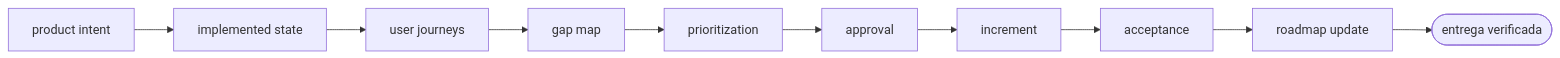
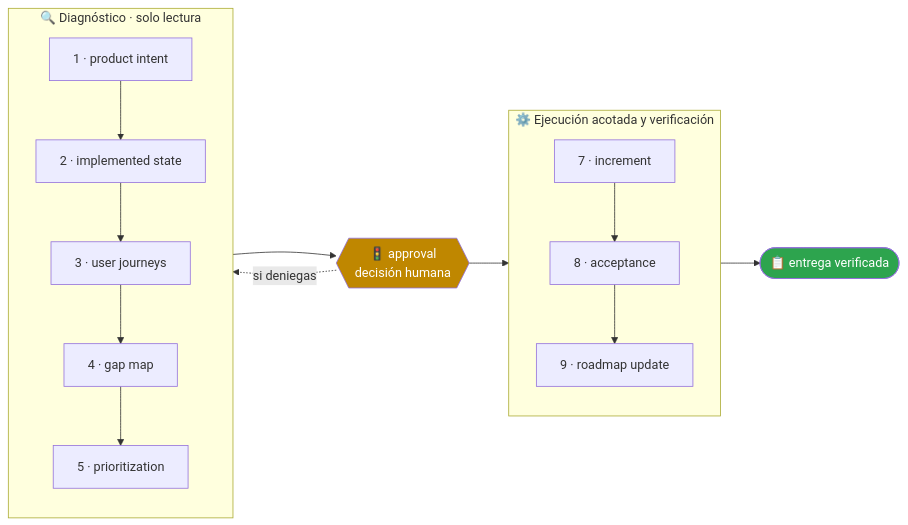
The second of 2 diagrams in agents/product-evolution-agent/README.md (vladimiracunadev-create/operational-ai-agents), drawn with Mermaid before and after one commit. The commit also changed other lines of this file and 60 other files, not shown here.

````diff
--- a/agents/product-evolution-agent/README.md
+++ b/agents/product-evolution-agent/README.md
@@ -72,21 +123,28 @@
 ```mermaid
 flowchart LR
-    p1["product intent"]
-    p2["implemented state"]
-    p3["user journeys"]
-    p4["gap map"]
-    p5["prioritization"]
-    p6["approval"]
-    p7["increment"]
-    p8["acceptance"]
-    p9["roadmap update"]
-    p1 --> p2
-    p2 --> p3
-    p3 --> p4
-    p4 --> p5
-    p5 --> p6
-    p6 --> p7
-    p7 --> p8
-    p8 --> p9
-    p9 --> done(["entrega verificada"])
+    subgraph A["🔍 Diagnóstico · solo lectura"]
+        direction TB
+        p1["1 · product intent"]
+        p2["2 · implemented state"]
+        p3["3 · user journeys"]
+        p4["4 · gap map"]
+        p5["5 · prioritization"]
+        p1 --> p2
+        p2 --> p3
+        p3 --> p4
+        p4 --> p5
+    end
+    G{{"🚦 approval<br/>decisión humana"}}
+    subgraph B["⚙️ Ejecución acotada y verificación"]
+        direction TB
+        p7["7 · increment"]
+        p8["8 · acceptance"]
+        p9["9 · roadmap update"]
+        p7 --> p8
+        p8 --> p9
+    end
+    A --> G --> B --> FIN(["📋 entrega verificada"])
+    G -.->|"si deniegas"| A
+    style G fill:#bf8700,color:#fff
+    style FIN fill:#2da44e,color:#fff
 ```
````
